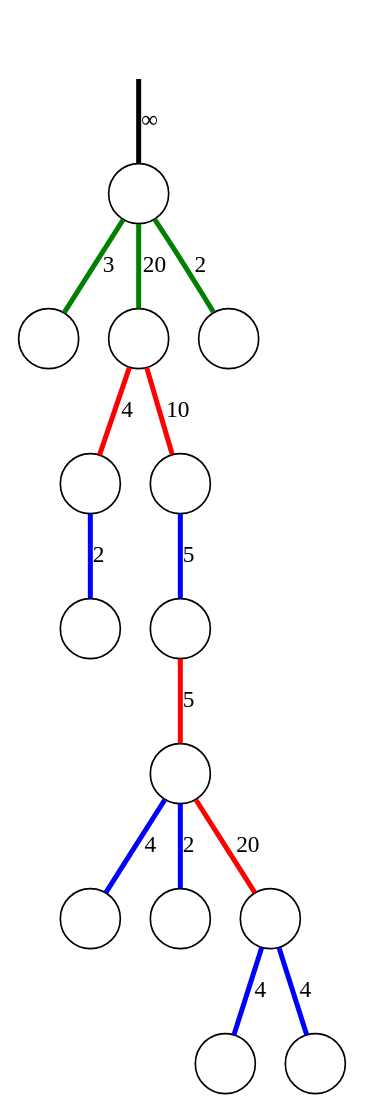
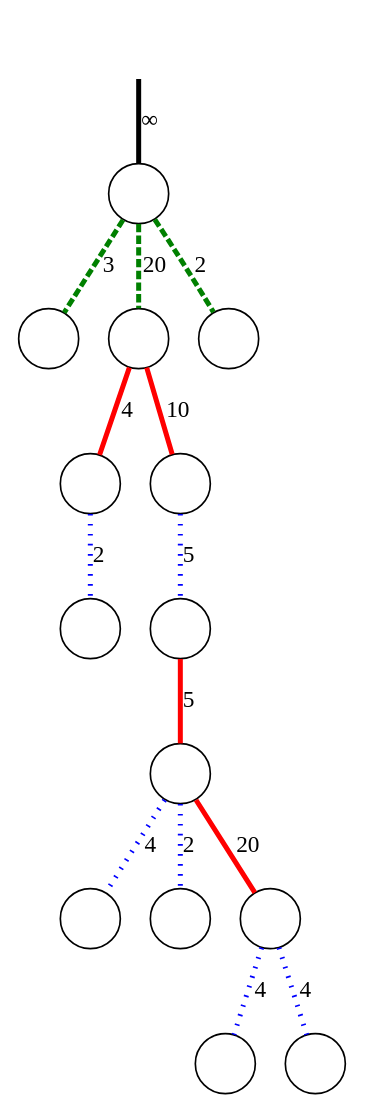
The diagram in graphs/example-f.gv (sgolodetz/waterfallpaper), drawn with Graphviz before and after one commit. The commit also changed 17 other files, not shown here.

```diff
--- a/graphs/example-f.gv
+++ b/graphs/example-f.gv
@@ -1,22 +1,22 @@
 digraph
 {
 	node [shape=circle, label=""];
 	edge [dir=both, arrowtail=none, arrowhead=none, penwidth=3];
 
 	r -> n00 [label="&infin;"];
-	n00 -> n10 [label=3, color=green];
-	n00 -> n11 [label=20, color=green];
-	n00 -> n12 [label=2, color=green];
-	n11 -> n20 [label=4, color=red];
-	n11 -> n21 [label=10, color=red];
-	n20 -> n30 [label=2, color=blue];
-	n21 -> n31 [label=5, color=blue];
-	n31 -> n40 [label=5, color=red];
-	n40 -> n50 [label=4, color=blue];
-	n40 -> n51 [label=2, color=blue];
-	n40 -> n52 [label=20, color=red];
-	n52 -> n60 [label=4, color=blue];
-	n52 -> n61 [label=4, color=blue];
+	n00 -> n10 [label=3, color=green, style=dashed];
+	n00 -> n11 [label=20, color=green, style=dashed];
+	n00 -> n12 [label=2, color=green, style=dashed];
+	n11 -> n20 [label=4, color=red, style=bold];
+	n11 -> n21 [label=10, color=red, style=bold];
+	n20 -> n30 [label=2, color=blue, style=dotted];
+	n21 -> n31 [label=5, color=blue, style=dotted];
+	n31 -> n40 [label=5, color=red, style=bold];
+	n40 -> n50 [label=4, color=blue, style=dotted];
+	n40 -> n51 [label=2, color=blue, style=dotted];
+	n40 -> n52 [label=20, color=red, style=bold];
+	n52 -> n60 [label=4, color=blue, style=dotted];
+	n52 -> n61 [label=4, color=blue, style=dotted];
 
 	r [style=invisible];
 }
```
